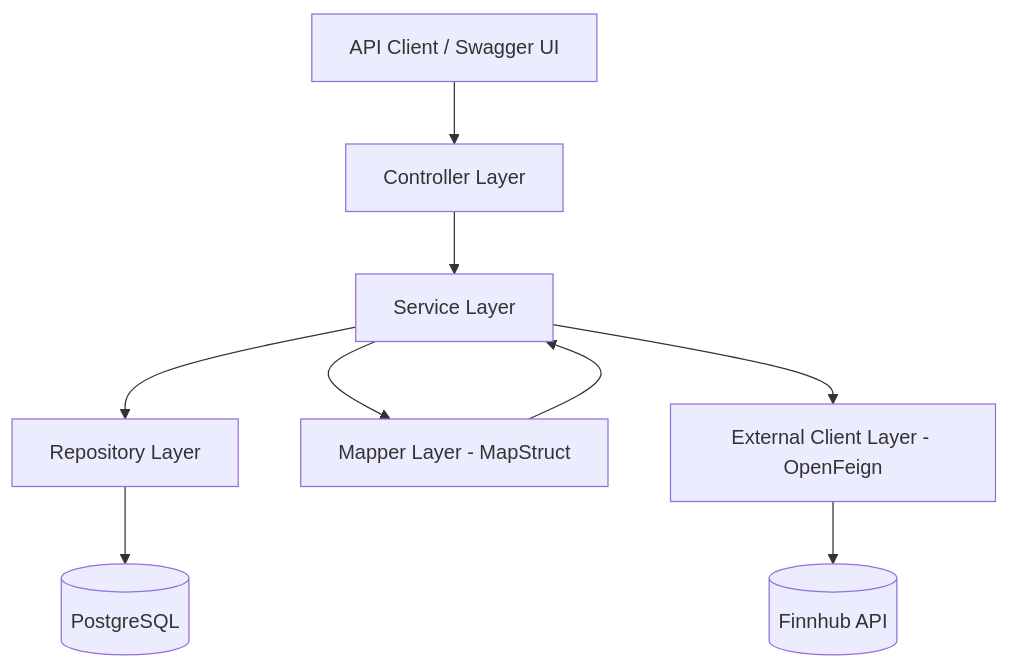
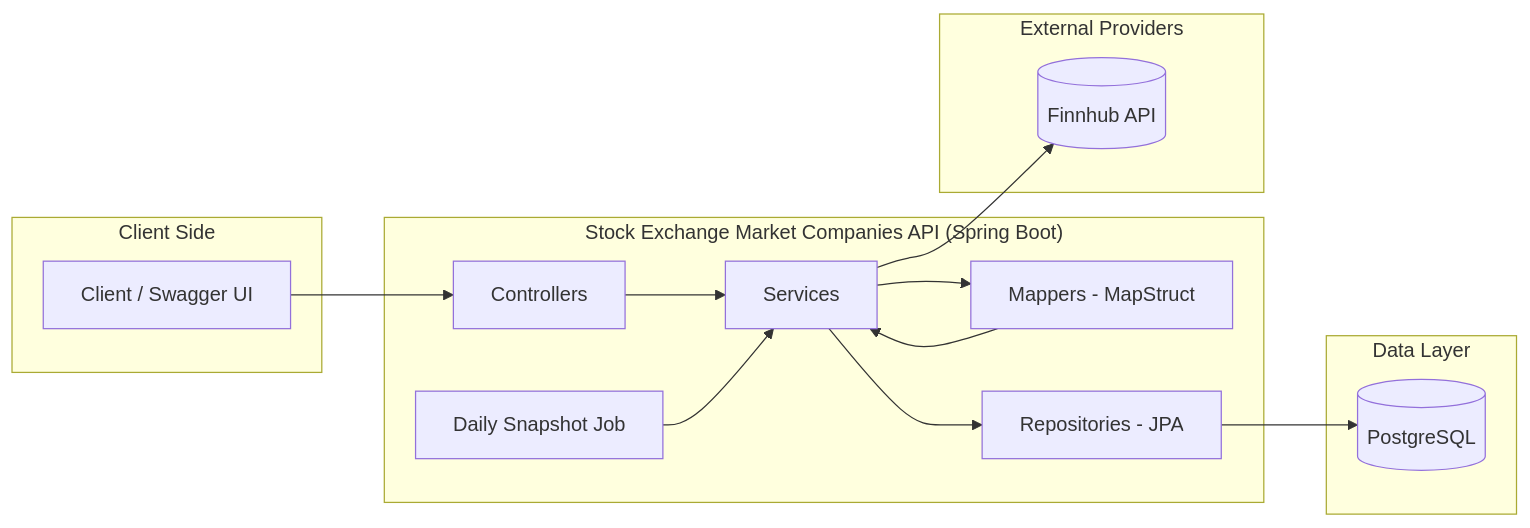
Before and after one commit to danevairena/stock-exchange-market-companies: the diagram in README.md, drawn with Mermaid. The commit also changed other lines of this file, not shown here.

````diff
--- a/README.md
+++ b/README.md
@@ -43,13 +43,35 @@
 ```mermaid
-flowchart TB
-  Client["API Client / Swagger UI"] --> C["Controller Layer"]
-  C --> S["Service Layer"]
-  S --> R["Repository Layer"]
-  R --> DB[("PostgreSQL")]
+flowchart LR
+  subgraph ClientSide["Client Side"]
+    Client["Client / Swagger UI"]
+  end
 
-  S --> M["Mapper Layer - MapStruct"]
-  M --> S
+  subgraph App["Stock Exchange Market Companies API (Spring Boot)"]
+    Controller["Controllers"]
+    Service["Services"]
+    Mapper["Mappers - MapStruct"]
+    Repo["Repositories - JPA"]
+    Scheduler["Daily Snapshot Job"]
+  end
 
-  S --> F["External Client Layer - OpenFeign"]
-  F --> Finnhub[("Finnhub API")]
+  subgraph Data["Data Layer"]
+    DB[("PostgreSQL")]
+  end
+
+  subgraph External["External Providers"]
+    Finnhub[("Finnhub API")]
+  end
+
+  Client --> Controller
+  Controller --> Service
+
+  Service --> Mapper
+  Mapper --> Service
+
+  Service --> Repo
+  Repo --> DB
+
+  Scheduler --> Service
+
+  Service --> Finnhub
 ```
````
